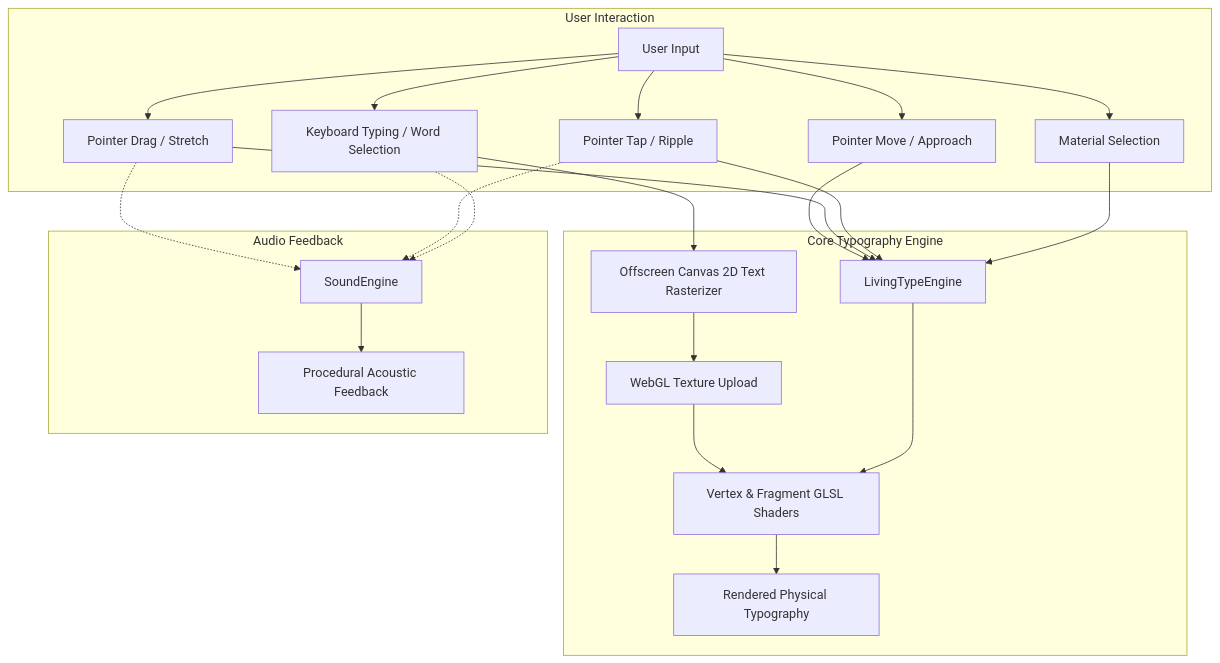
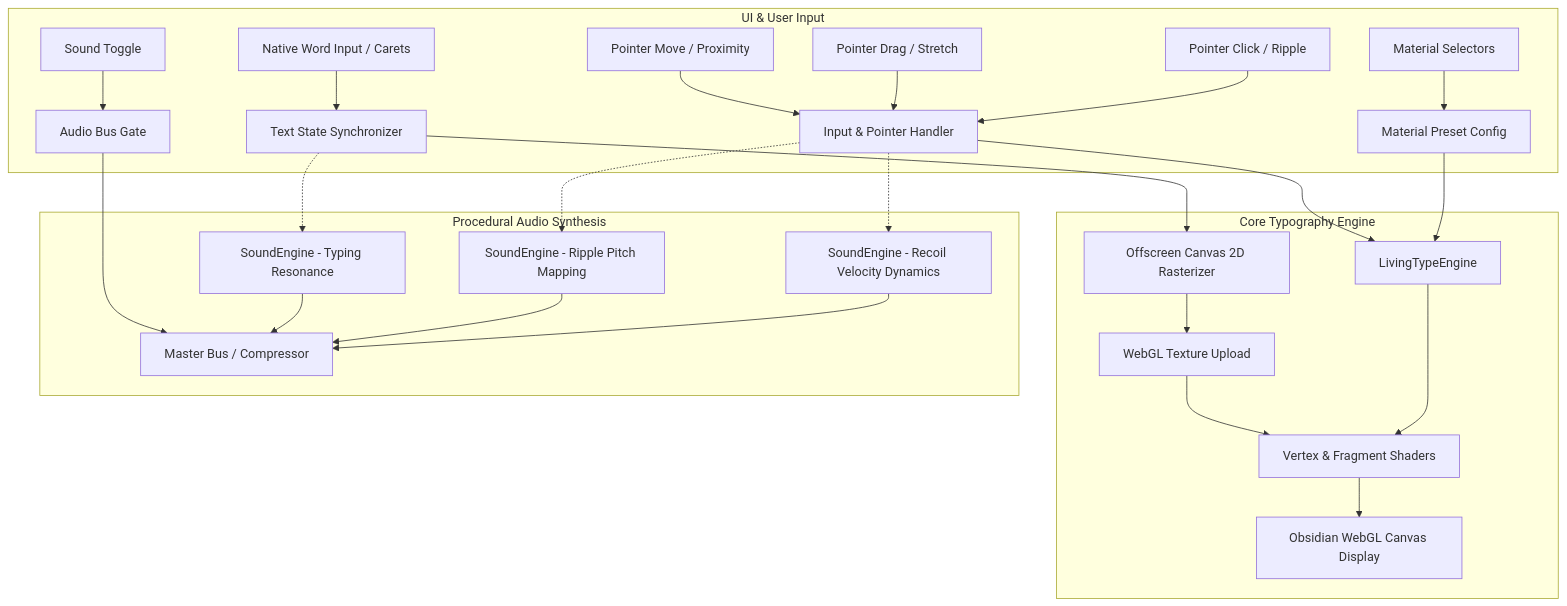
One commit to Arpitaa26/Word-game changed the diagram in README.md. Above: the diagram before and after it, drawn with Mermaid. The commit also changed other lines of this file, not shown here.

Commit message:
docs: update README with current architecture, interactions, and demo links

````diff
--- a/README.md
+++ b/README.md
@@ -16,29 +46,31 @@
 ```mermaid
 flowchart TD
-    subgraph User Interaction
-        A[User Input] --> B1[Pointer Move / Approach]
-        A --> B2[Pointer Drag / Stretch]
-        A --> B3[Pointer Tap / Ripple]
-        A --> B4[Keyboard Typing / Word Selection]
-        A --> B5[Material Selection]
+    subgraph UI & User Input
+        A1[Pointer Move / Proximity] --> B1[Input & Pointer Handler]
+        A2[Pointer Drag / Stretch] --> B1
+        A3[Pointer Click / Ripple] --> B1
+        A4[Native Word Input / Carets] --> B2[Text State Synchronizer]
+        A5[Material Selectors] --> B3[Material Preset Config]
+        A6[Sound Toggle] --> B4[Audio Bus Gate]
     end
 
     subgraph Core Typography Engine
         B1 --> C1[LivingTypeEngine]
-        B2 --> C1
         B3 --> C1
-        B5 --> C1
-        B4 --> C2[Offscreen Canvas 2D Text Rasterizer]
+        B2 --> C2[Offscreen Canvas 2D Rasterizer]
         C2 --> C3[WebGL Texture Upload]
-        C3 --> C4[Vertex & Fragment GLSL Shaders]
+        C3 --> C4[Vertex & Fragment Shaders]
         C1 --> C4
-        C4 --> D1[Rendered Physical Typography]
+        C4 --> D1[Obsidian WebGL Canvas Display]
     end
 
-    subgraph Audio Feedback
-        B2 -.-> E1[SoundEngine]
-        B3 -.-> E1
-        B4 -.-> E1
-        E1 --> E2[Procedural Acoustic Feedback]
+    subgraph Procedural Audio Synthesis
+        B2 -.-> E1[SoundEngine - Typing Resonance]
+        B1 -.-> E2[SoundEngine - Ripple Pitch Mapping]
+        B1 -.-> E3[SoundEngine - Recoil Velocity Dynamics]
+        B4 --> E4[Master Bus / Compressor]
+        E1 --> E4
+        E2 --> E4
+        E3 --> E4
     end
 ```
````
